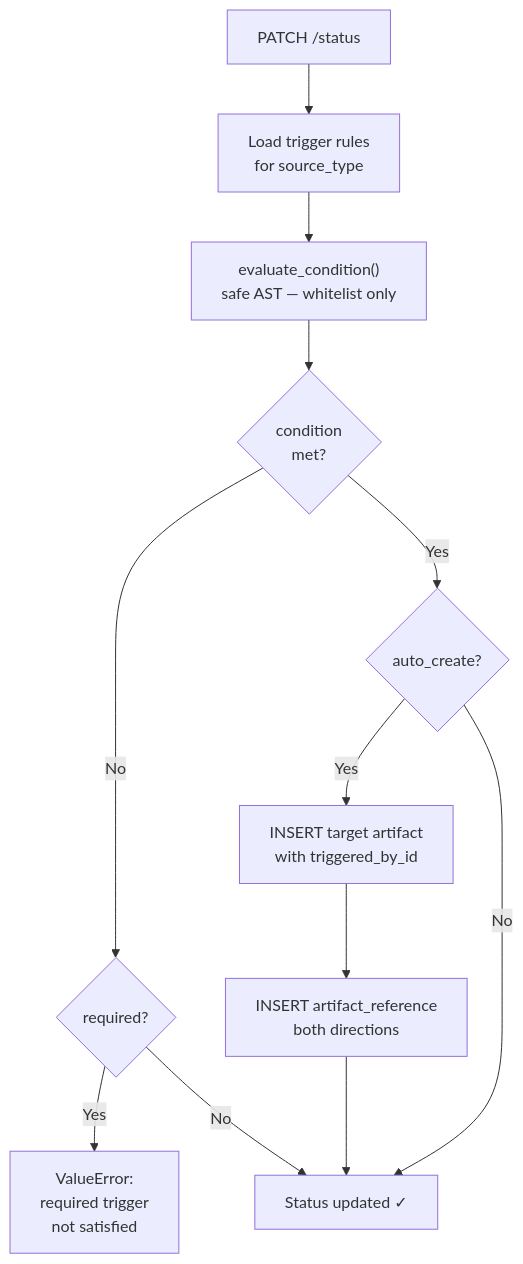
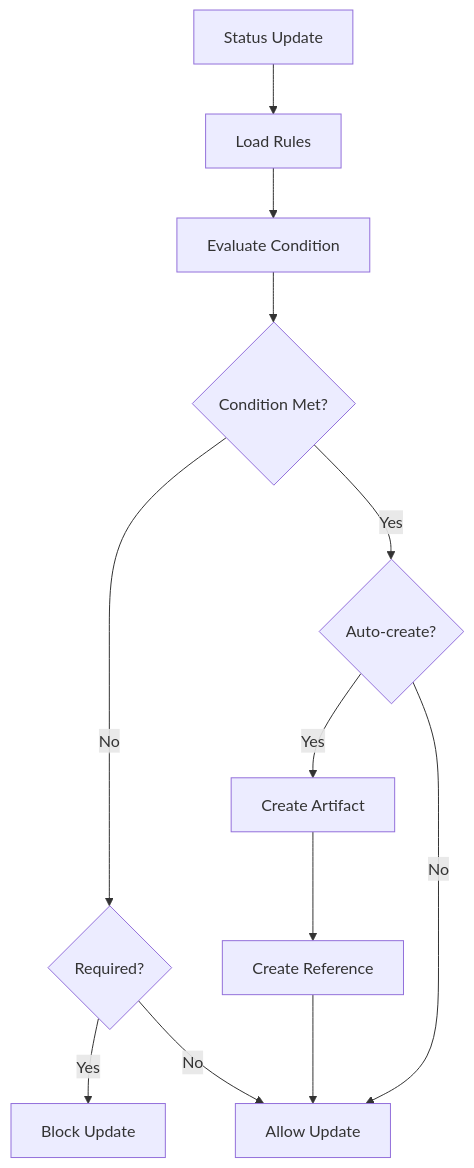
One commit to sophie-pyxis/adr_hub changed diagram 13 of 15 in README.md. Above: the diagram before and after it, drawn with Mermaid. The commit also changed other lines of this file, not shown here.

First line of the commit message:
Simplify architectural diagrams for enterprise readability

````diff
--- a/README.md
+++ b/README.md
@@ -268,21 +358,17 @@
 ```mermaid
 flowchart TD
-    PATCH["PATCH /status"]
-    LOAD["Load trigger rules<br/>for source_type"]
-    EVAL["evaluate_condition()<br/>safe AST — whitelist only"]
-    MET{condition<br/>met?}
-    REQ{required?}
-    AUTO{auto_create?}
-    BLOCK["ValueError:<br/>required trigger<br/>not satisfied"]
-    CREATE["INSERT target artifact<br/>with triggered_by_id"]
-    REF["INSERT artifact_reference<br/>both directions"]
-    OK["Status updated ✓"]
-
-    PATCH --> LOAD --> EVAL --> MET
-    MET -->|No| REQ
-    REQ -->|Yes| BLOCK
-    REQ -->|No| OK
-    MET -->|Yes| AUTO
-    AUTO -->|Yes| CREATE --> REF --> OK
-    AUTO -->|No| OK
+    Start[Status Update] --> Load[Load Rules]
+    Load --> Eval[Evaluate Condition]
+    Eval --> Met{Condition Met?}
+    
+    Met -->|No| Required{Required?}
+    Required -->|Yes| Block[Block Update]
+    Required -->|No| OK[Allow Update]
+    
+    Met -->|Yes| Auto{Auto-create?}
+    Auto -->|Yes| Create[Create Artifact]
+    Create --> Ref[Create Reference]
+    Ref --> OK
+    
+    Auto -->|No| OK
 ```
````
